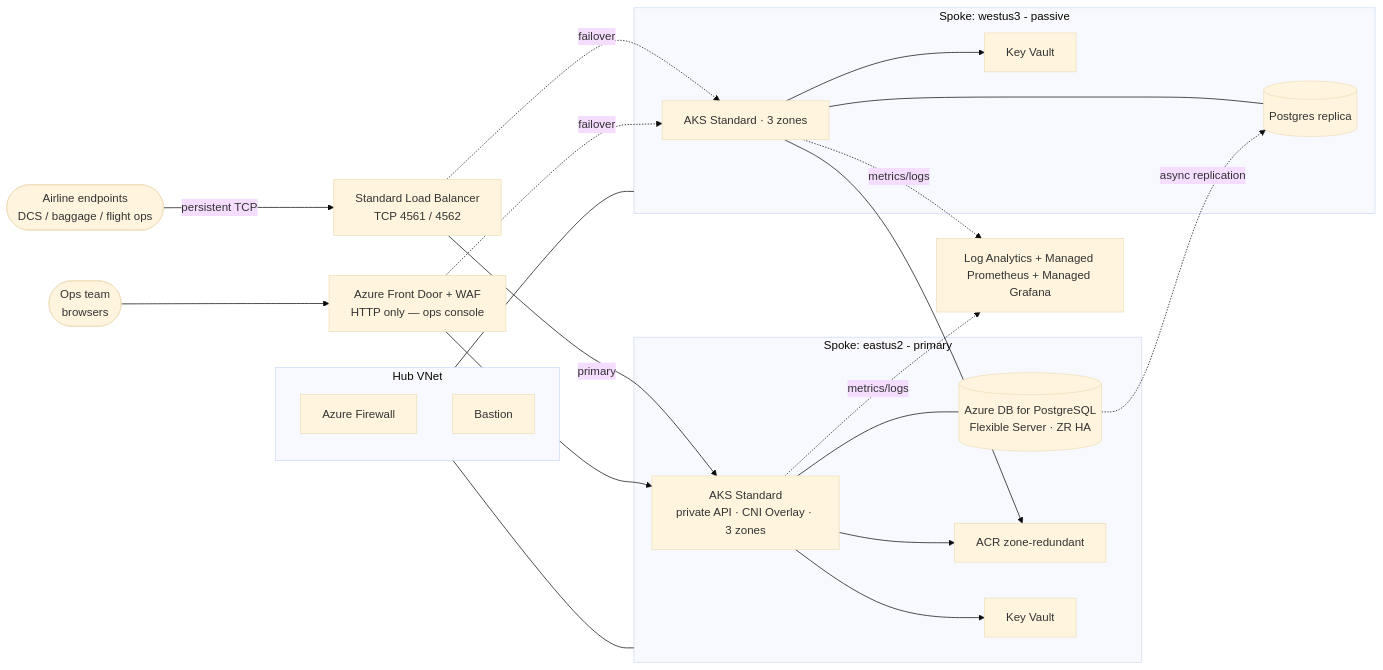
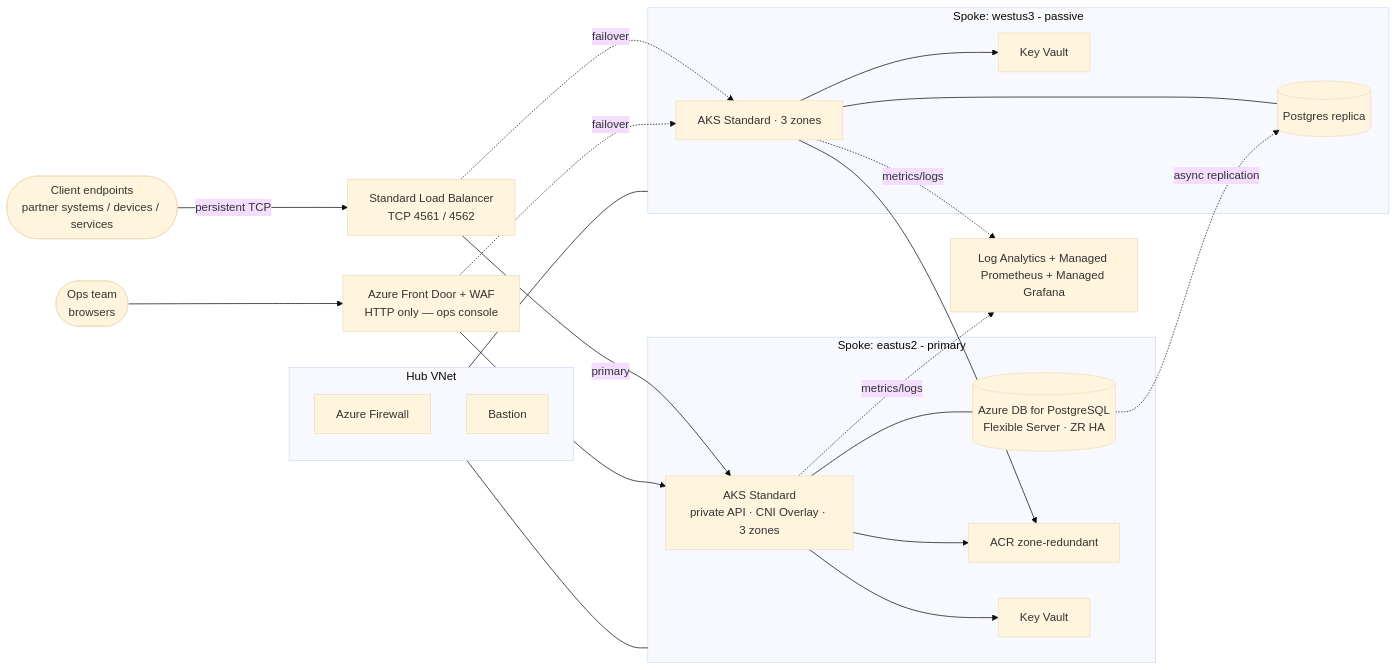
One commit to chadhage/aks-irl changed the diagram in README.md. Above: the diagram before and after it, drawn with Mermaid (base theme). The commit also changed other lines of this file and 29 other files, not shown here.

````diff
--- a/README.md
+++ b/README.md
@@ -126,40 +126,40 @@
 ```mermaid
 flowchart LR
-  airline([Airline endpoints<br/>DCS / baggage / flight ops])
+  clients([Client endpoints<br/>partner systems / devices / services])
   ops([Ops team<br/>browsers])
   fd[Azure Front Door + WAF<br/>HTTP only — ops console]
   nlb[Standard Load Balancer<br/>TCP 4561 / 4562]
   subgraph hub[Hub VNet]
     fw[Azure Firewall]
     bastion[Bastion]
   end
   subgraph eastus2[Spoke: eastus2 - primary]
     aks1[AKS Standard<br/>private API · CNI Overlay · 3 zones]
     pg1[(Azure DB for PostgreSQL<br/>Flexible Server · ZR HA)]
     acr[ACR zone-redundant]
     kv1[Key Vault]
   end
   subgraph westus3[Spoke: westus3 - passive]
     aks2[AKS Standard · 3 zones]
     pg2[(Postgres replica)]
     kv2[Key Vault]
   end
   obs[Log Analytics + Managed Prometheus + Managed Grafana]
-  airline -->|persistent TCP| nlb
+  clients -->|persistent TCP| nlb
   ops --> fd
   nlb -->|primary| aks1
   nlb -.failover.-> aks2
   fd --> aks1
   fd -.failover.-> aks2
   aks1 --- pg1
   aks2 --- pg2
   pg1 -.async replication.-> pg2
   aks1 --> acr
   aks2 --> acr
   aks1 --> kv1
   aks2 --> kv2
   hub --- eastus2
   hub --- westus3
   aks1 -.metrics/logs.-> obs
   aks2 -.metrics/logs.-> obs
 ```
````
